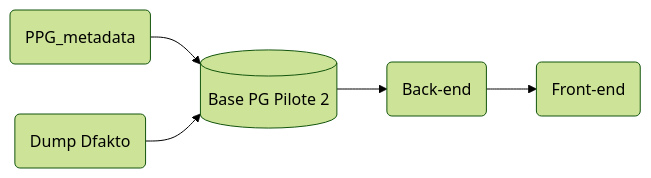
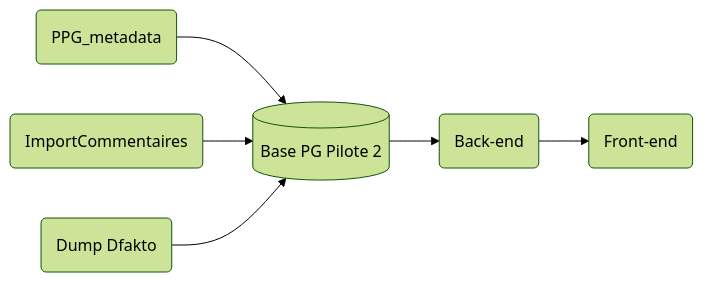
The first of 4 diagrams in data/README.md (DITP-pilotage/pilote-2), drawn with Mermaid (forest theme) before and after one commit. The commit also changed other lines of this file and 29 other files, not shown here.

````diff
--- a/data/README.md
+++ b/data/README.md
@@ -167,7 +137,8 @@
 ``` mermaid
 graph LR
 PM(PPG_metadata) --> PG[(Base PG Pilote 2)]
+PT(ImportCommentaires) --> PG[(Base PG Pilote 2)]
 DFAK(Dump Dfakto) --> PG
 PG --> BE(Back-end) --> FE(Front-end)
 
 ```
````
